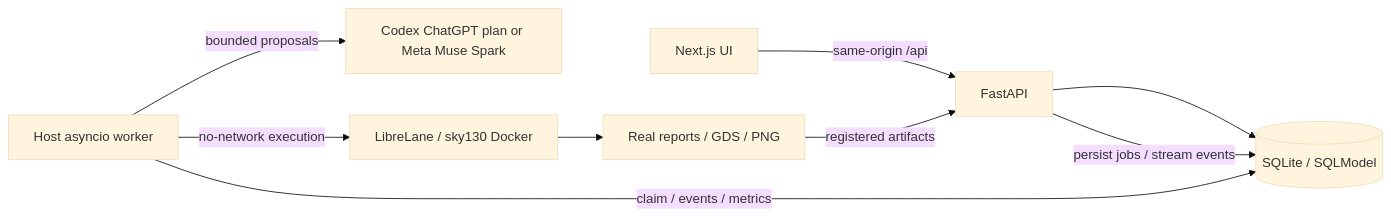
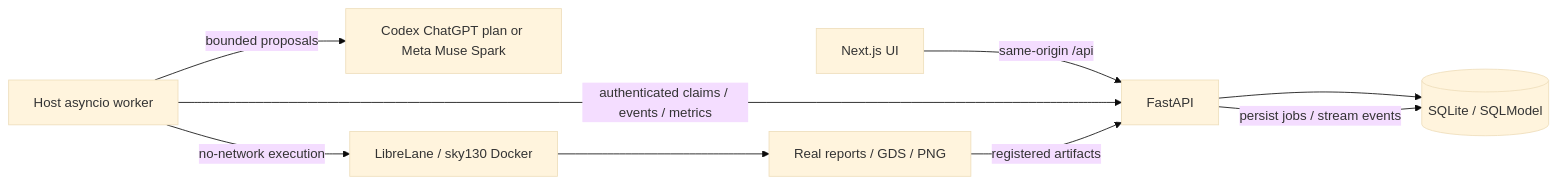
Before and after one commit to Jamot32/Silcon-Agent: the diagram in docs/ARCHITECTURE.md, drawn with Mermaid (base theme). The commit also changed other lines of this file and 25 other files, not shown here.

````diff
--- a/docs/ARCHITECTURE.md
+++ b/docs/ARCHITECTURE.md
@@ -3,11 +3,11 @@
 ```mermaid
 flowchart LR
     Browser[Next.js UI] -->|same-origin /api| API[FastAPI]
     API --> DB[(SQLite / SQLModel)]
     API -->|persist jobs / stream events| DB
-    Worker[Host asyncio worker] -->|claim / events / metrics| DB
+    Worker[Host asyncio worker] -->|authenticated claims / events / metrics| API
     Worker -->|bounded proposals| LLM[Codex ChatGPT plan or Meta Muse Spark]
     Worker -->|no-network execution| EDA[LibreLane / sky130 Docker]
     EDA --> Files[Real reports / GDS / PNG]
     Files -->|registered artifacts| API
 ```
````
